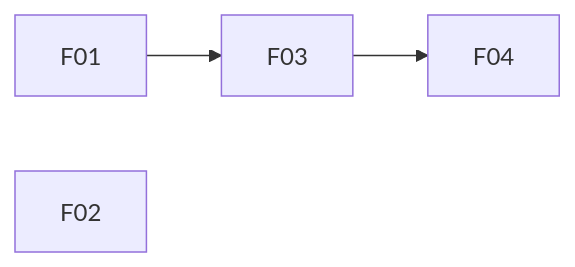
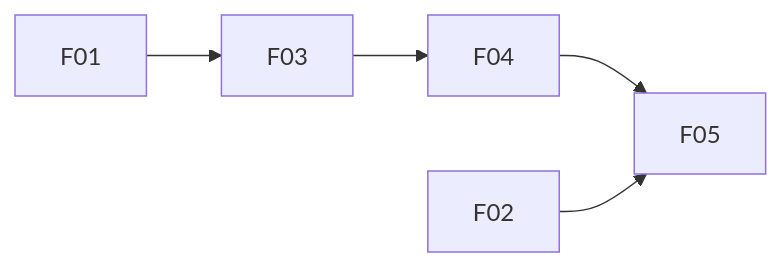
Before and after one commit to ZJUCao/troy-mode-trial: the diagram in docs/requirements.md, drawn with Mermaid. The commit also changed other lines of this file and 2 other files, not shown here.

````diff
--- a/docs/requirements.md
+++ b/docs/requirements.md
@@ -62,6 +67,7 @@
 ```mermaid
 flowchart LR
   F01 --> F03
   F03 --> F04
-  F02
+  F04 --> F05
+  F02 --> F05
 ```
````
